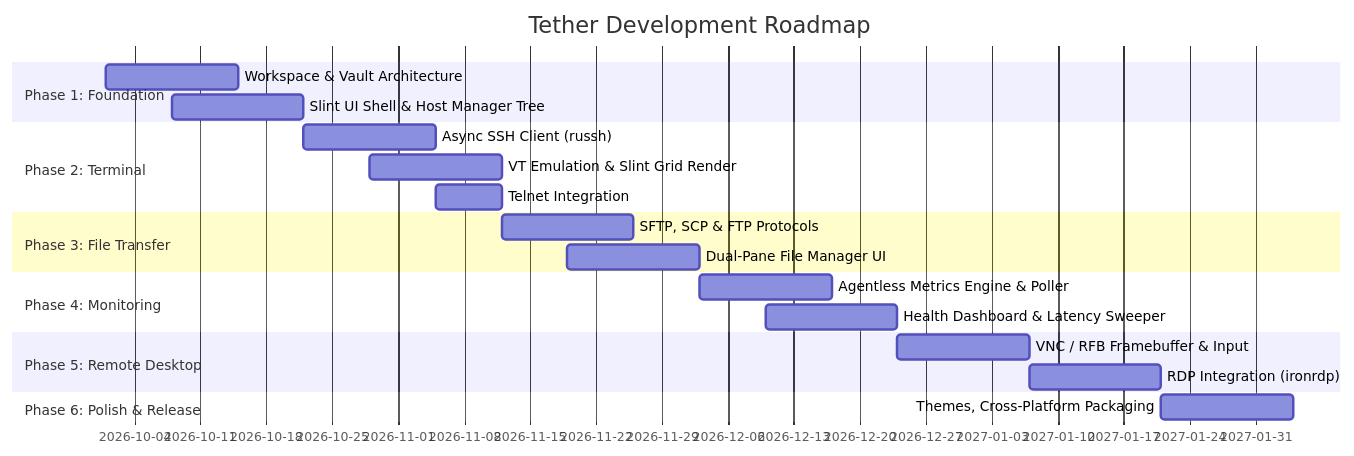
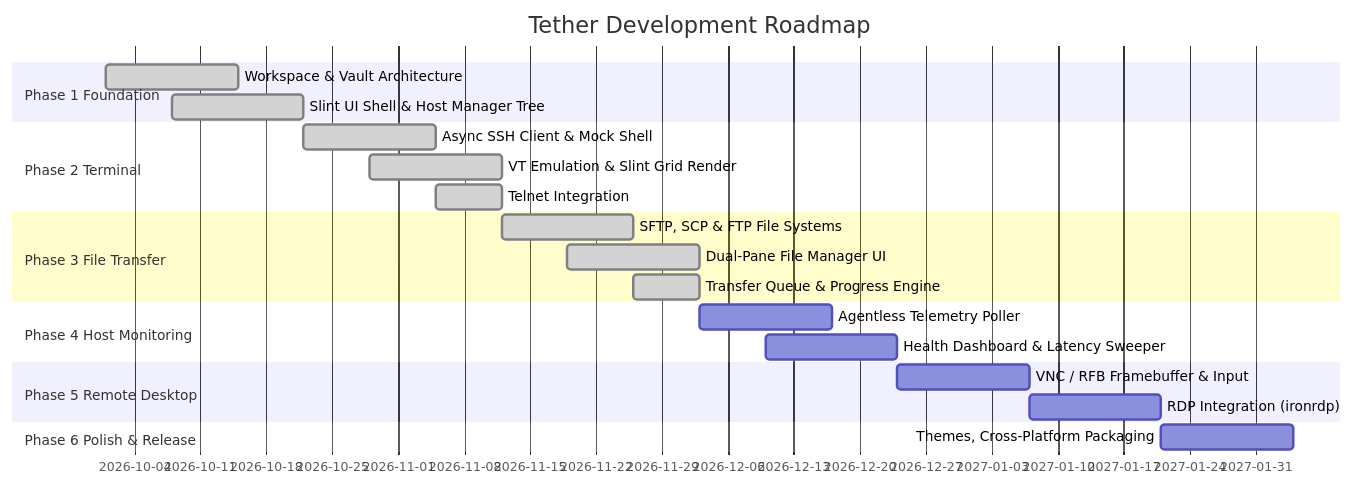
The second of 2 diagrams in docs/PROJECT_PLAN.md (gordug/project-tether), drawn with Mermaid before and after one commit. The commit also changed other lines of this file and 31 other files, not shown here.

````diff
--- a/docs/PROJECT_PLAN.md
+++ b/docs/PROJECT_PLAN.md
@@ -132,23 +120,24 @@
 ```mermaid
 gantt
     title Tether Development Roadmap
     dateFormat  YYYY-MM-DD
-    section Phase 1: Foundation
-    Workspace & Vault Architecture       :2026-10-01, 14d
-    Slint UI Shell & Host Manager Tree    :2026-10-08, 14d
-    section Phase 2: Terminal
-    Async SSH Client (russh)             :2026-10-22, 14d
-    VT Emulation & Slint Grid Render    :2026-10-29, 14d
-    Telnet Integration                   :2026-11-05, 7d
-    section Phase 3: File Transfer
-    SFTP, SCP & FTP Protocols            :2026-11-12, 14d
-    Dual-Pane File Manager UI            :2026-11-19, 14d
-    section Phase 4: Monitoring
-    Agentless Metrics Engine & Poller    :2026-12-03, 14d
+    section Phase 1 Foundation
+    Workspace & Vault Architecture       :done, 2026-10-01, 14d
+    Slint UI Shell & Host Manager Tree    :done, 2026-10-08, 14d
+    section Phase 2 Terminal
+    Async SSH Client & Mock Shell        :done, 2026-10-22, 14d
+    VT Emulation & Slint Grid Render    :done, 2026-10-29, 14d
+    Telnet Integration                   :done, 2026-11-05, 7d
+    section Phase 3 File Transfer
+    SFTP, SCP & FTP File Systems         :done, 2026-11-12, 14d
+    Dual-Pane File Manager UI            :done, 2026-11-19, 14d
+    Transfer Queue & Progress Engine     :done, 2026-11-26, 7d
+    section Phase 4 Host Monitoring
+    Agentless Telemetry Poller           :2026-12-03, 14d
     Health Dashboard & Latency Sweeper   :2026-12-10, 14d
-    section Phase 5: Remote Desktop
+    section Phase 5 Remote Desktop
     VNC / RFB Framebuffer & Input        :2026-12-24, 14d
     RDP Integration (ironrdp)            :2027-01-07, 14d
-    section Phase 6: Polish & Release
+    section Phase 6 Polish & Release
     Themes, Cross-Platform Packaging     :2027-01-21, 14d
 ```
````
